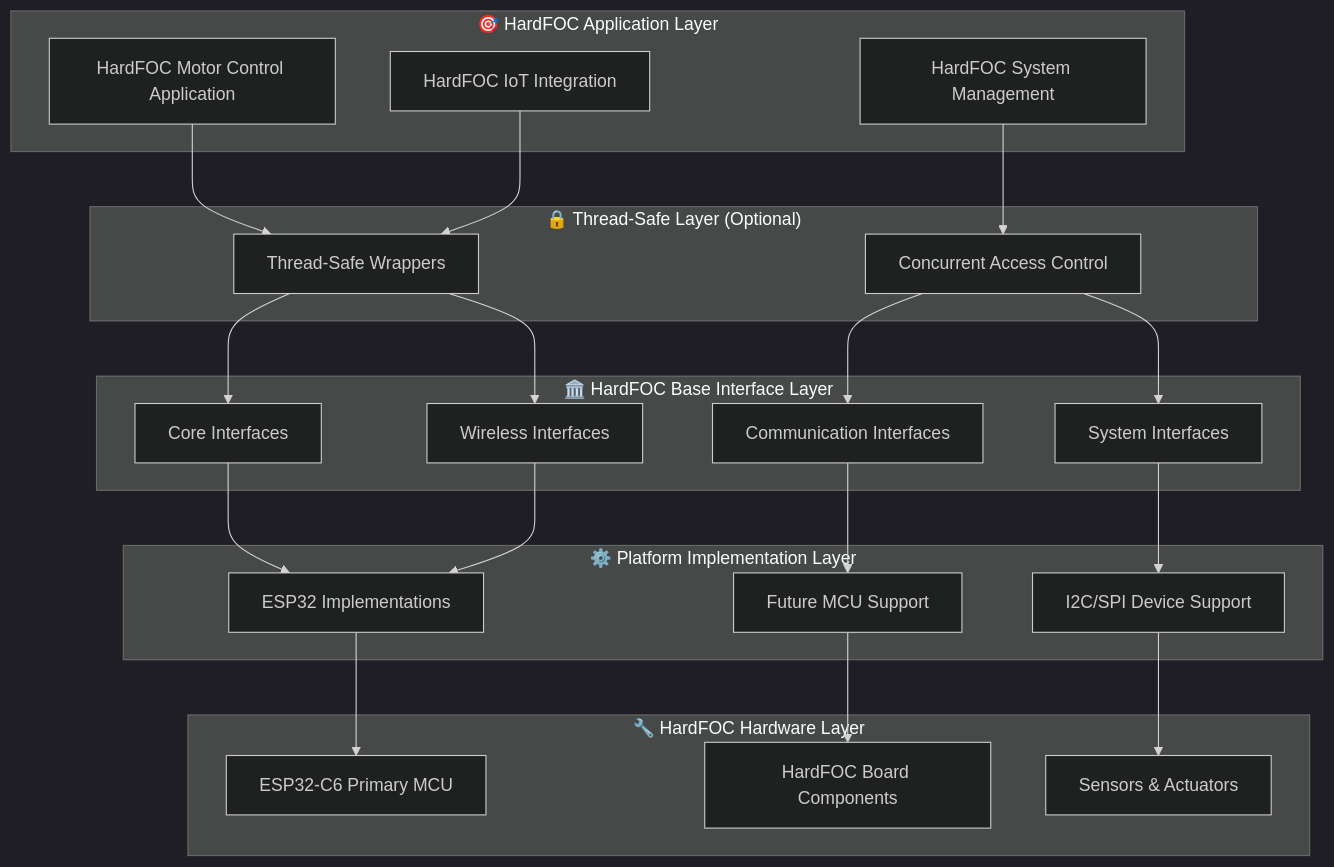
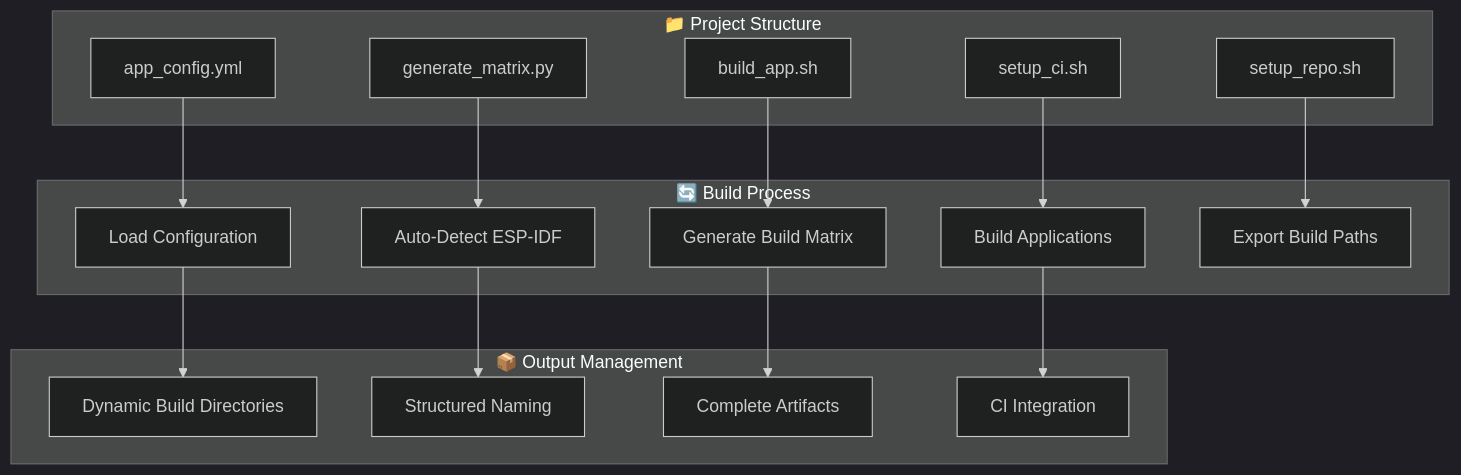
The diagram in README.md (N3b3x/hf-internal-interface-wrap), drawn with Mermaid (dark theme) before and after one commit. The commit also changed other lines of this file and 31 other files, not shown here.

First line of the commit message:
Enhance build system and CI configuration

````diff
--- a/README.md
+++ b/README.md
@@ -52,50 +468,36 @@
 ```mermaid
 graph TB
-    subgraph "🎯 HardFOC Application Layer"
-        A[HardFOC Motor Control Application]
-        B[HardFOC System Management]
-        C[HardFOC IoT Integration]
+    subgraph "📁 Project Structure"
+        A[app_config.yml]
+        B[generate_matrix.py]
+        C[build_app.sh]
+        D[setup_ci.sh]
+        E[setup_repo.sh]
     end
     
-    subgraph "🔒 Thread-Safe Layer (Optional)"
-        D[Thread-Safe Wrappers]
-        E[Concurrent Access Control]
+    subgraph "🔄 Build Process"
+        F[Load Configuration]
+        G[Auto-Detect ESP-IDF]
+        H[Generate Build Matrix]
+        I[Build Applications]
+        J[Export Build Paths]
     end
     
-    subgraph "🏛️ HardFOC Base Interface Layer"
-        F[Core Interfaces]
-        G[Communication Interfaces] 
-        H[Wireless Interfaces]
-        I[System Interfaces]
+    subgraph "📦 Output Management"
+        K[Dynamic Build Directories]
+        L[Structured Naming]
+        M[Complete Artifacts]
+        N[CI Integration]
     end
     
-    subgraph "⚙️ Platform Implementation Layer"
-        J[ESP32 Implementations]
-        K[Future MCU Support]
-        L[I2C/SPI Device Support]
-    end
+    A --> F
+    B --> G
+    C --> H
+    D --> I
+    E --> J
     
-    subgraph "🔧 HardFOC Hardware Layer"
-        M[ESP32-C6 Primary MCU]
-        N[HardFOC Board Components]
-        O[Sensors & Actuators]
-    end
-    
-    A --> D
-    B --> E
-    C --> D
-    
-    D --> F
-    E --> G
-    D --> H
-    E --> I
-    
-    F --> J
-    G --> K
-    H --> J
-    I --> L
-    
-    J --> M
-    K --> N
-    L --> O
+    F --> K
+    G --> L
+    H --> M
+    I --> N
 ```
````
